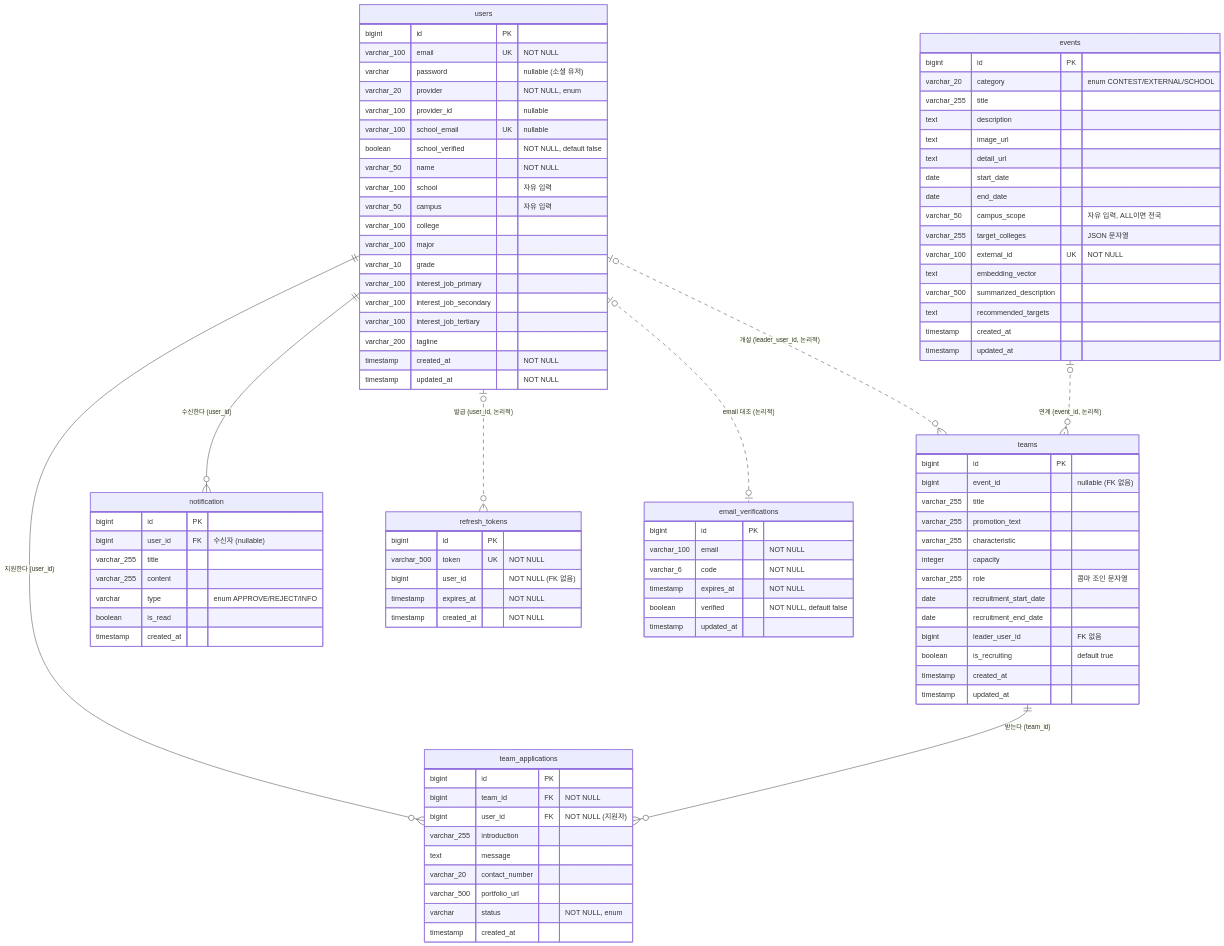
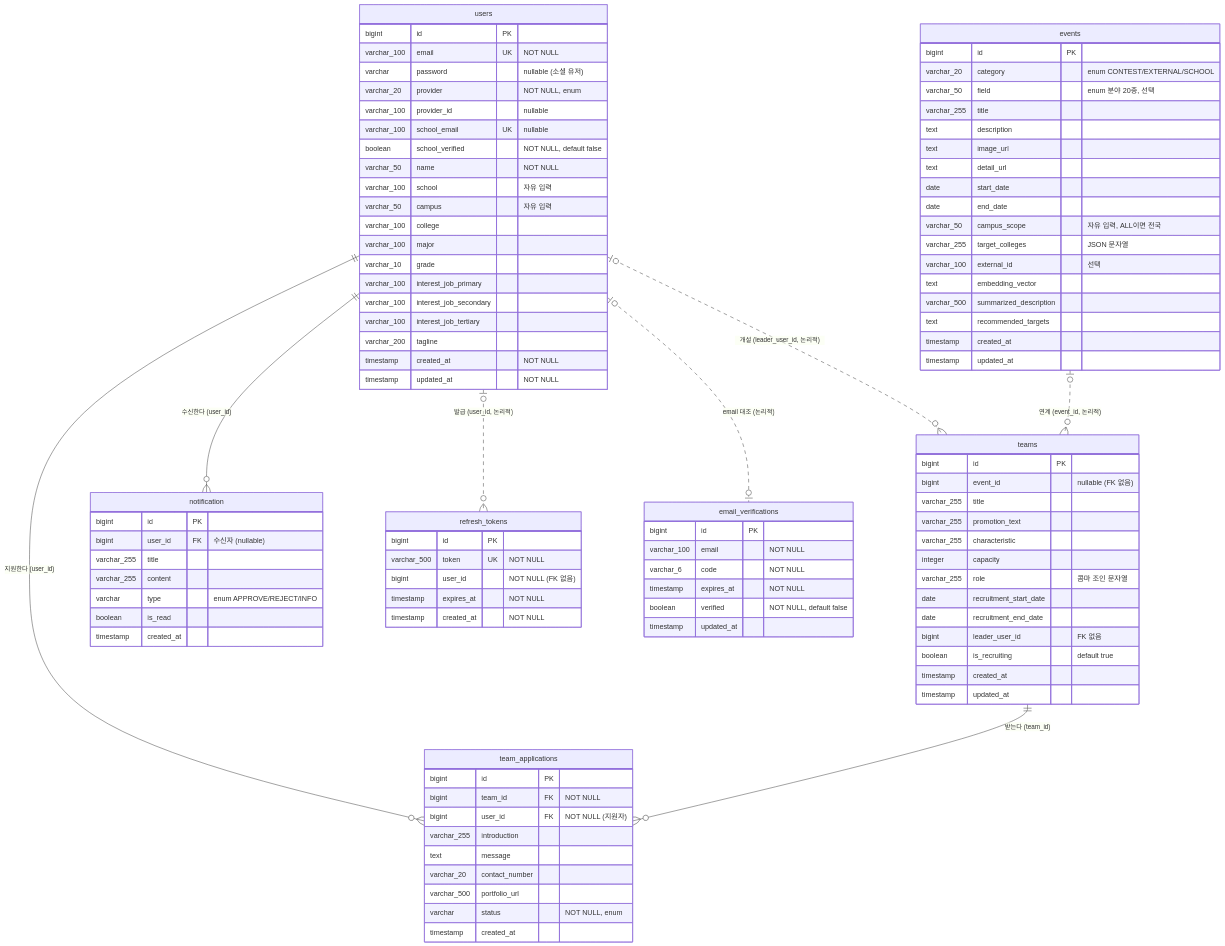
The diagram in docs/schema-db.md (eagleindesert/mateon-backend), drawn with Mermaid before and after one commit. The commit also changed other lines of this file and 12 other files, not shown here.

```diff
--- a/docs/schema-db.md
+++ b/docs/schema-db.md
@@ -67,6 +67,7 @@
     events {
         bigint id PK
         varchar_20 category "enum CONTEST/EXTERNAL/SCHOOL"
+        varchar_50 field "enum 분야 20종, 선택"
         varchar_255 title
         text description
         text image_url
@@ -75,7 +76,7 @@
         date end_date
         varchar_50 campus_scope "자유 입력, ALL이면 전국"
         varchar_255 target_colleges "JSON 문자열"
-        varchar_100 external_id UK "NOT NULL"
+        varchar_100 external_id "선택"
         text embedding_vector
         varchar_500 summarized_description
         text recommended_targets
```
